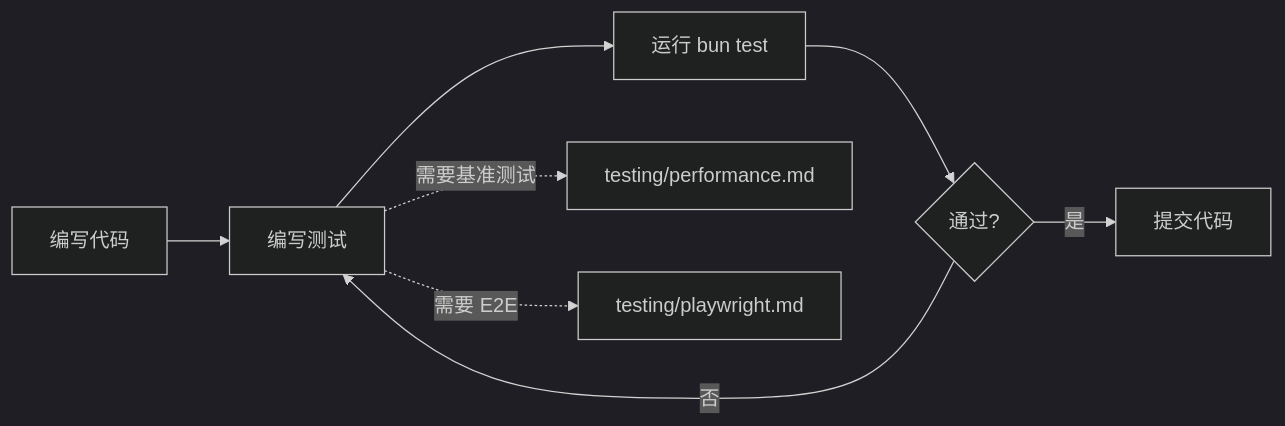
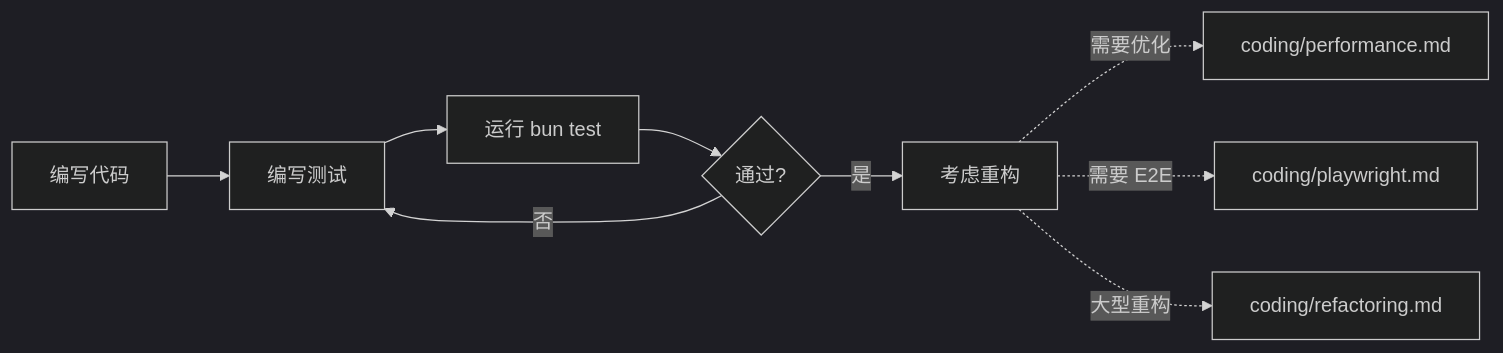
Before and after one commit to builden/bd-box: the second of 4 diagrams in plugins/bd-dev/skills/bun-best-practices/README.md, drawn with Mermaid (dark theme). The commit also changed other lines of this file and 10 other files, not shown here.

````diff
--- a/plugins/bd-dev/skills/bun-best-practices/README.md
+++ b/plugins/bd-dev/skills/bun-best-practices/README.md
@@ -111,11 +80,12 @@
 ```mermaid
 flowchart LR
     A[编写代码] --> B[编写测试]
     B --> C[运行 bun test]
     C --> D{通过?}
-    D -->|是| E[提交代码]
+    D -->|是| E[考虑重构]
     D -->|否| B
 
-    B -.->|需要基准测试| F[testing/performance.md]
-    B -.->|需要 E2E| G[testing/playwright.md]
+    E -.->|需要优化| F[coding/performance.md]
+    E -.->|需要 E2E| G[coding/playwright.md]
+    E -.->|大型重构| H[coding/refactoring.md]
 ```
````
